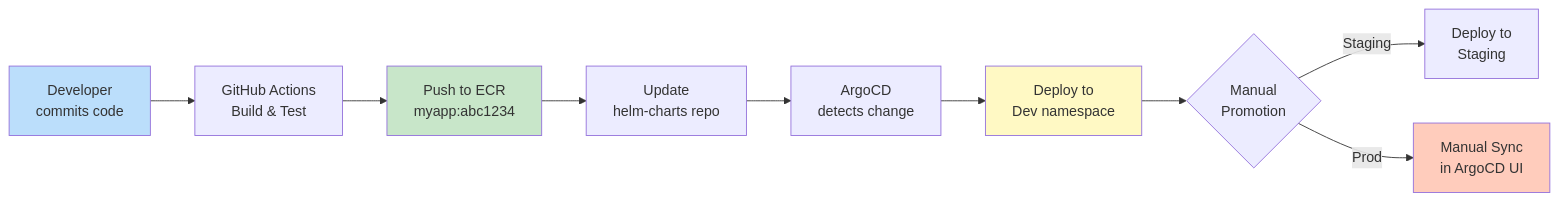
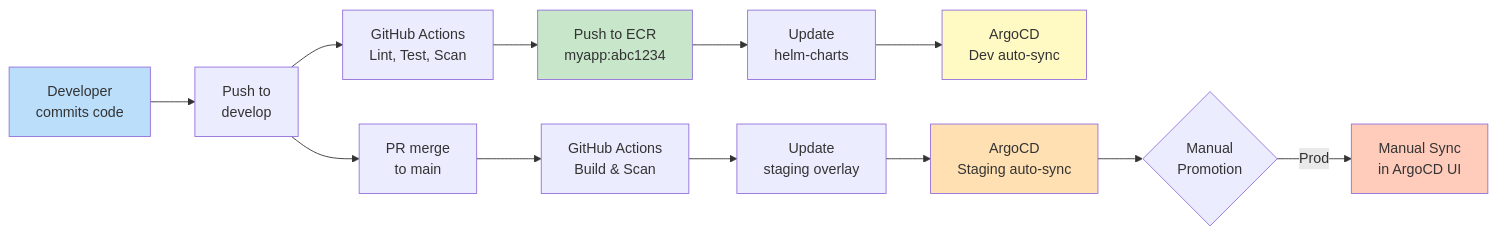
Before and after one commit to edenbarkan/infra-live: the second of 4 diagrams in README.md, drawn with Mermaid. The commit also changed other lines of this file and 2 other files, not shown here.

````diff
--- a/README.md
+++ b/README.md
@@ -106,16 +106,20 @@
 ```mermaid
 graph LR
-    A[Developer<br/>commits code] --> B[GitHub Actions<br/>Build & Test]
-    B --> C[Push to ECR<br/>myapp:abc1234]
-    C --> D[Update<br/>helm-charts repo]
-    D --> E[ArgoCD<br/>detects change]
-    E --> F[Deploy to<br/>Dev namespace]
-    F --> G{Manual<br/>Promotion}
-    G -->|Staging| H[Deploy to<br/>Staging]
-    G -->|Prod| I[Manual Sync<br/>in ArgoCD UI]
+    A[Developer<br/>commits code] --> B[Push to<br/>develop]
+    B --> C[GitHub Actions<br/>Lint, Test, Scan]
+    C --> D[Push to ECR<br/>myapp:abc1234]
+    D --> E[Update<br/>helm-charts]
+    E --> F[ArgoCD<br/>Dev auto-sync]
+    B --> G[PR merge<br/>to main]
+    G --> H[GitHub Actions<br/>Build & Scan]
+    H --> I[Update<br/>staging overlay]
+    I --> J[ArgoCD<br/>Staging auto-sync]
+    J --> K{Manual<br/>Promotion}
+    K -->|Prod| L[Manual Sync<br/>in ArgoCD UI]
 
     style A fill:#bbdefb
-    style C fill:#c8e6c9
+    style D fill:#c8e6c9
     style F fill:#fff9c4
-    style I fill:#ffccbc
+    style J fill:#ffe0b2
+    style L fill:#ffccbc
 ```
````
